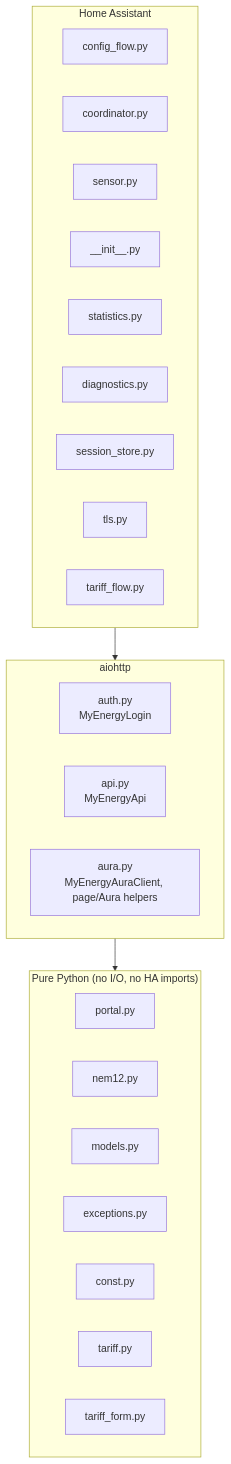
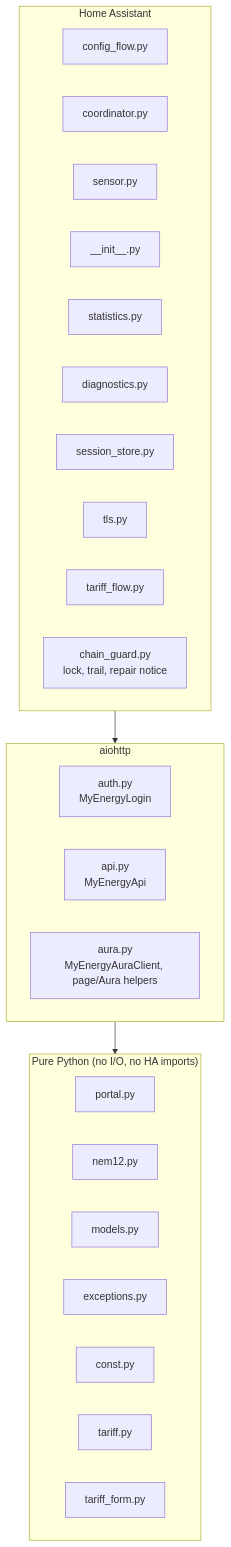
Before and after one commit to markesss/ha-citipower-myenergy: the first of 4 diagrams in docs/ARCHITECTURE.md, drawn with Mermaid. The commit also changed other lines of this file and 4 other files, not shown here.

````diff
--- a/docs/ARCHITECTURE.md
+++ b/docs/ARCHITECTURE.md
@@ -5,33 +5,34 @@
 ```mermaid
 flowchart TB
     subgraph ha["Home Assistant"]
         direction LR
         cf["config_flow.py"]
         co["coordinator.py"]
         se["sensor.py"]
         ini["__init__.py"]
         st["statistics.py"]
         di["diagnostics.py"]
         ss["session_store.py"]
         tls["tls.py"]
         tf["tariff_flow.py"]
+        cg["chain_guard.py<br/>lock, trail, repair notice"]
     end
     subgraph io["aiohttp"]
         direction LR
         auth["auth.py<br/>MyEnergyLogin"]
         api["api.py<br/>MyEnergyApi"]
         aura["aura.py<br/>MyEnergyAuraClient, page/Aura helpers"]
     end
     subgraph pure["Pure Python (no I/O, no HA imports)"]
         direction LR
         portal["portal.py"]
         nem12["nem12.py"]
         models["models.py"]
         exc["exceptions.py"]
         const["const.py"]
         tariff["tariff.py"]
         tform["tariff_form.py"]
     end
     ha --> io
     io --> pure
 ```
````
